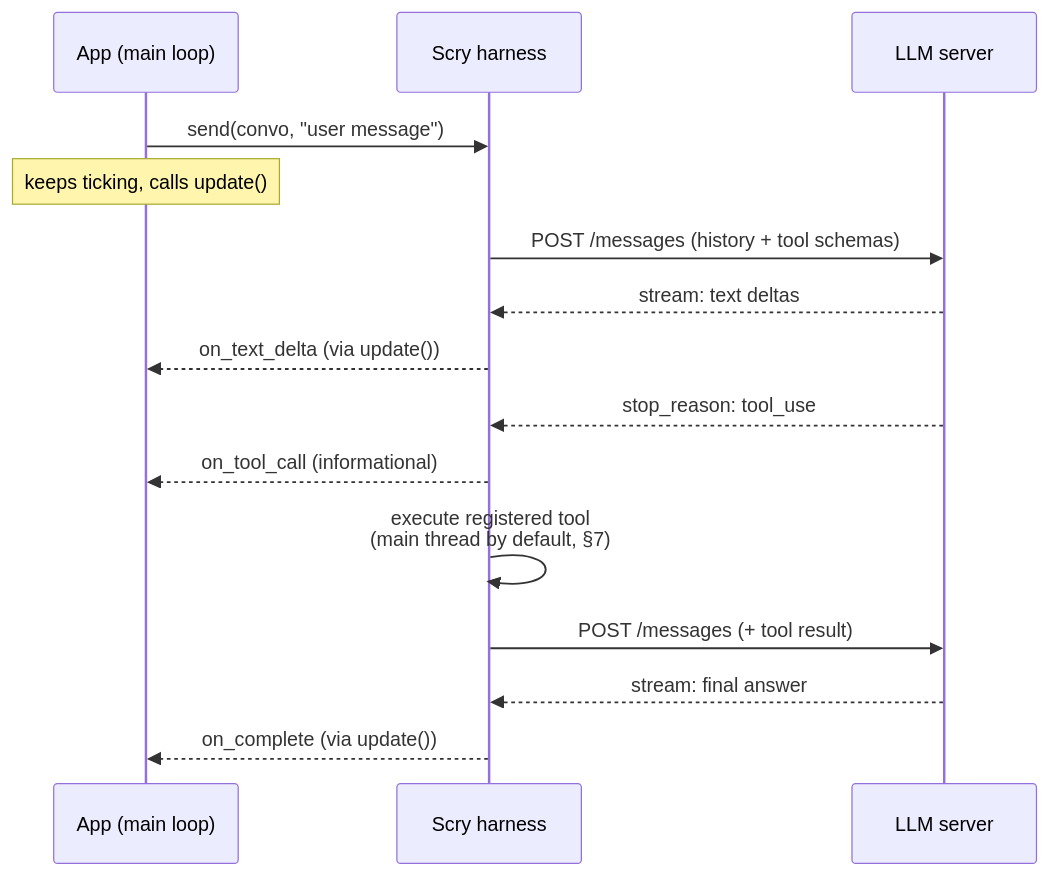
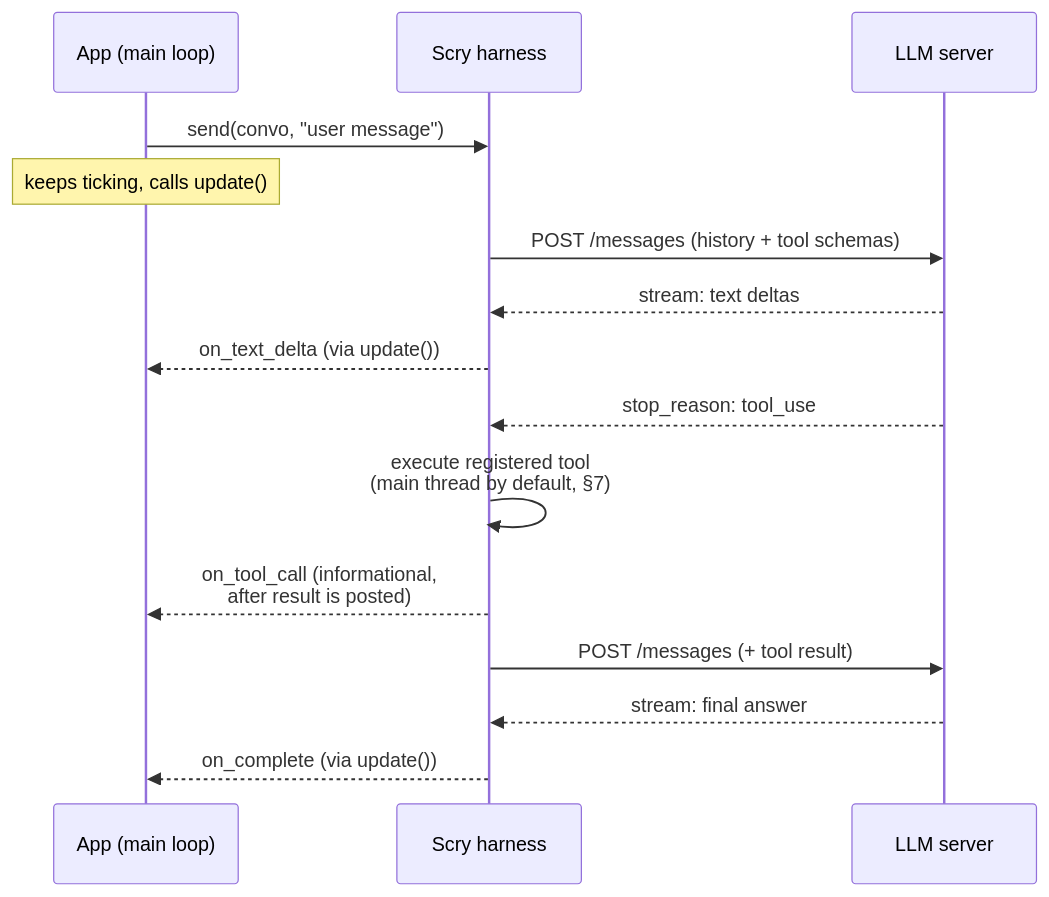
The second of 3 diagrams in DESIGN.md (crybo-rybo/scry), drawn with Mermaid before and after one commit. The commit also changed other lines of this file and 66 other files, not shown here.

````diff
--- a/DESIGN.md
+++ b/DESIGN.md
@@ -133,18 +155,18 @@
 ```mermaid
 sequenceDiagram
     participant App as App (main loop)
     participant H as Scry harness
     participant LLM as LLM server
 
     App->>H: send(convo, "user message")
     Note over App: keeps ticking, calls update()
     H->>LLM: POST /messages (history + tool schemas)
     LLM-->>H: stream: text deltas
     H-->>App: on_text_delta (via update())
     LLM-->>H: stop_reason: tool_use
-    H-->>App: on_tool_call (informational)
     H->>H: execute registered tool<br/>(main thread by default, §7)
+    H-->>App: on_tool_call (informational,<br/>after result is posted)
     H->>LLM: POST /messages (+ tool result)
     LLM-->>H: stream: final answer
     H-->>App: on_complete (via update())
 ```
````
